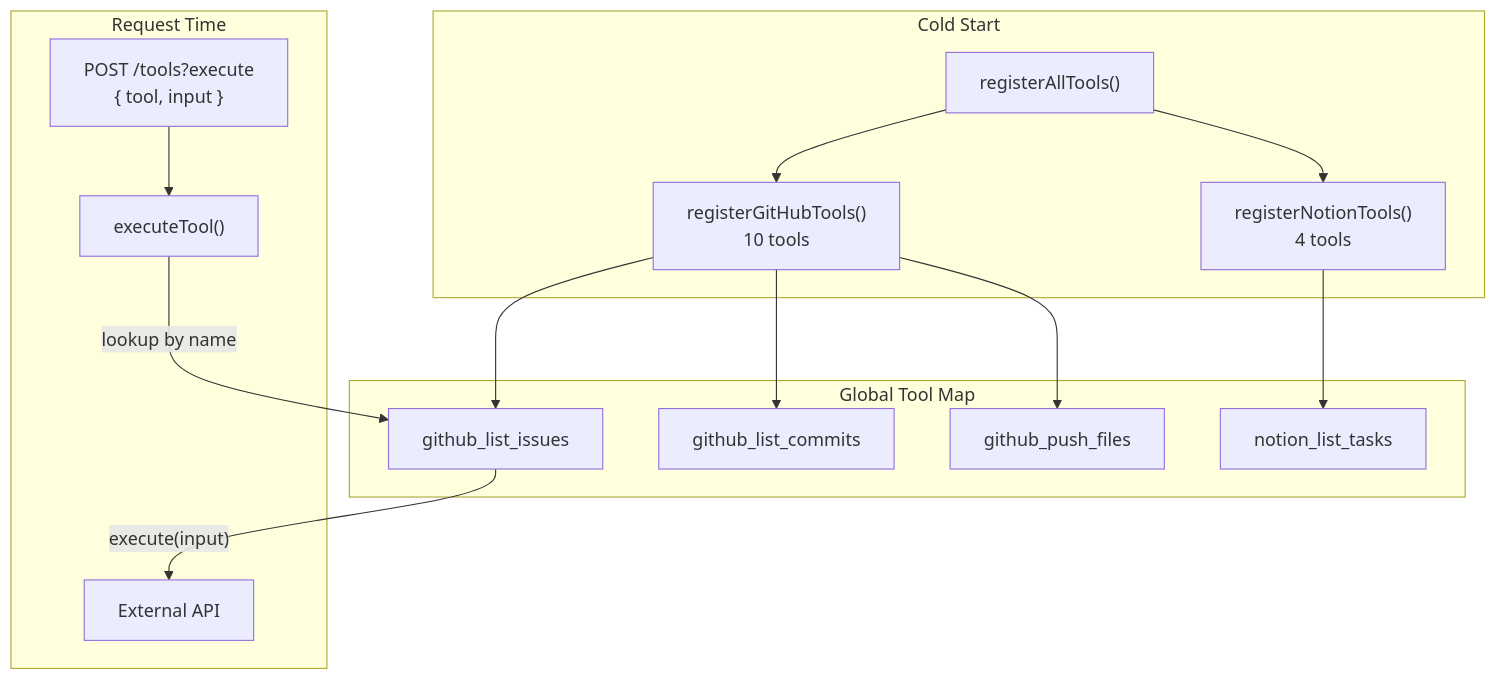
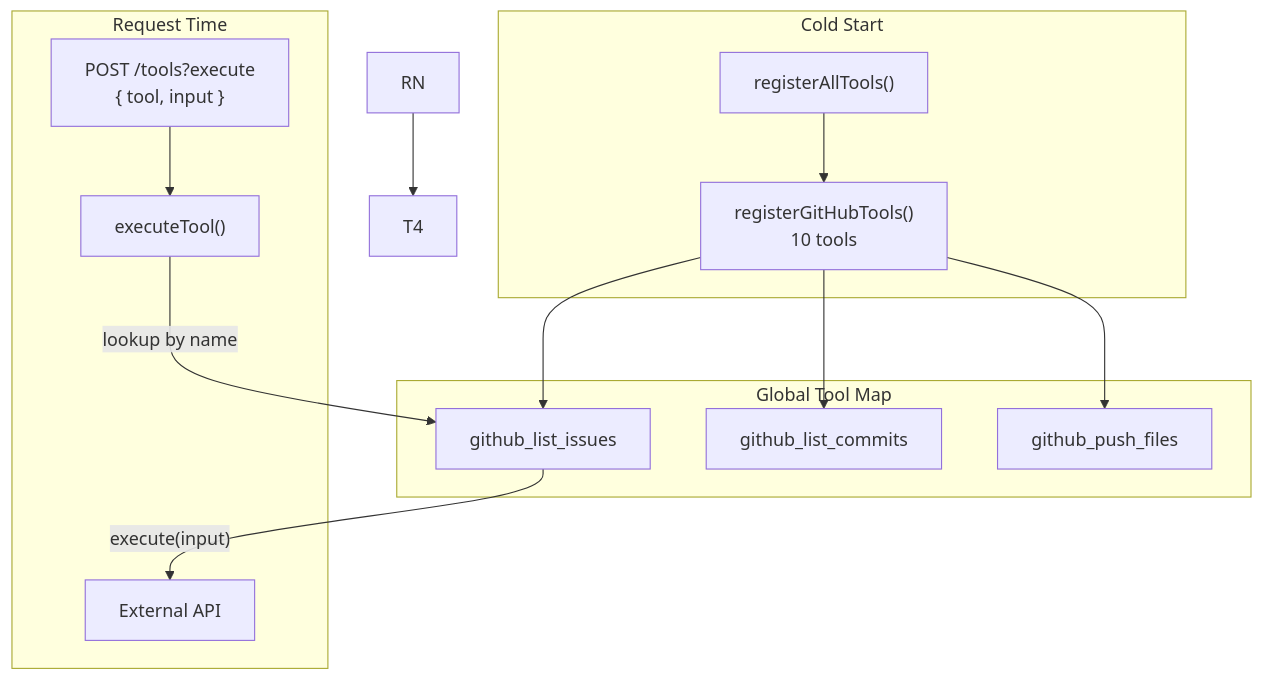
One commit to rlynjb/buffr changed the seventh of 10 diagrams in docs/LEARNING_AI_BACKEND.md. Above: the diagram before and after it, drawn with Mermaid. The commit also changed other lines of this file and 3 other files, not shown here.

````diff
--- a/docs/LEARNING_AI_BACKEND.md
+++ b/docs/LEARNING_AI_BACKEND.md
@@ -575,27 +575,25 @@
 ```mermaid
 flowchart TB
     subgraph Boot["Cold Start"]
         RA["registerAllTools()"]
         RA --> RG["registerGitHubTools()<br/>10 tools"]
-        RA --> RN["registerNotionTools()<br/>4 tools"]
     end
 
     subgraph Registry["Global Tool Map"]
         T1["github_list_issues"]
         T2["github_list_commits"]
         T3["github_push_files"]
-        T4["notion_list_tasks"]
     end
 
     subgraph Runtime["Request Time"]
         REQ["POST /tools?execute<br/>{ tool, input }"]
         EXEC["executeTool()"]
         API["External API"]
     end
 
     RG --> T1 & T2 & T3
     RN --> T4
     REQ --> EXEC
     EXEC -->|"lookup by name"| T1
     T1 -->|"execute(input)"| API
 ```
````
